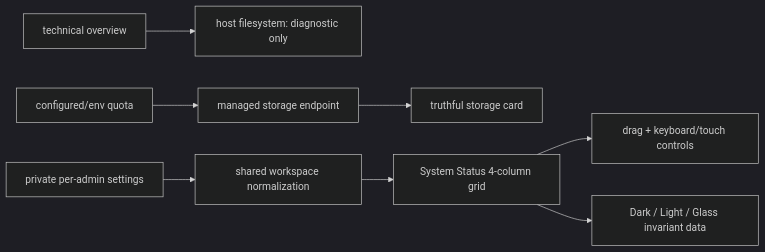
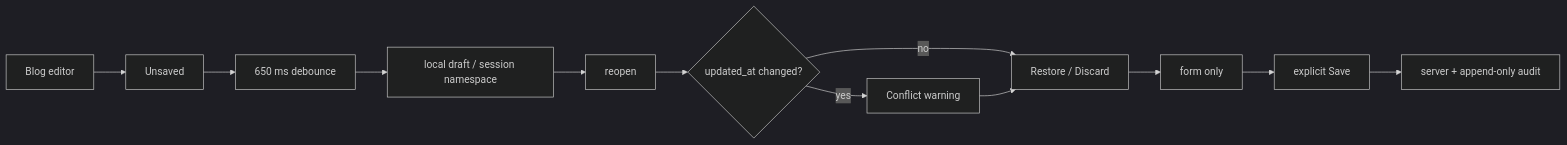
Before and after one commit to pl0n3r/brvtal: the diagram in README.md, drawn with Mermaid (dark theme). The commit also changed other lines of this file and 7 other files, not shown here.

First line of the commit message:
feat(blog): recoverable local drafts (v0.1.66)

````diff
--- a/README.md
+++ b/README.md
@@ -45,10 +45,14 @@
 ```mermaid
 flowchart LR
-  T["technical overview"] --> D["host filesystem: diagnostic only"]
-  Q["configured/env quota"] --> S["managed storage endpoint"]
-  S --> U["truthful storage card"]
-  P["private per-admin settings"] --> N["shared workspace normalization"]
-  N --> G["System Status 4-column grid"]
-  G --> C["drag + keyboard/touch controls"]
-  G --> A["Dark / Light / Glass invariant data"]
+  E["Blog editor"] --> U["Unsaved"]
+  U --> D["650 ms debounce"]
+  D --> L["local draft / session namespace"]
+  L --> R["reopen"]
+  R --> C{"updated_at changed?"}
+  C -- no --> X["Restore / Discard"]
+  C -- yes --> W["Conflict warning"]
+  W --> X
+  X --> F["form only"]
+  F --> S["explicit Save"]
+  S --> A["server + append-only audit"]
 ```
````
